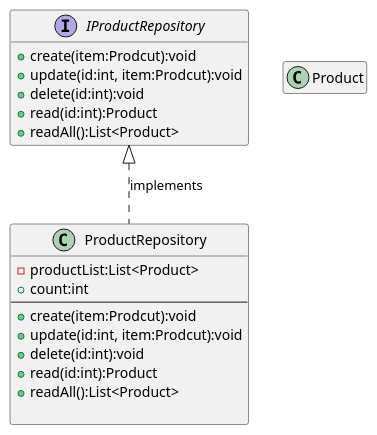
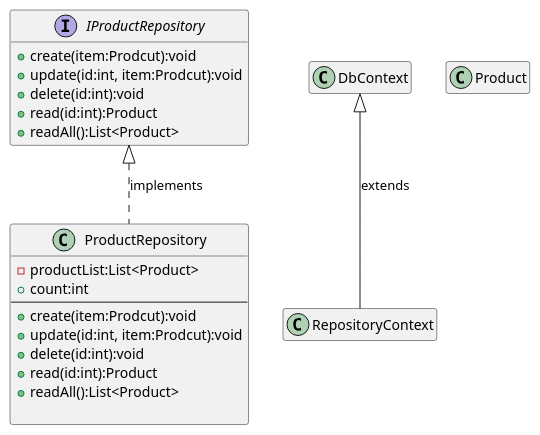
One commit to zcomert/sgk-mvc-egitim changed the diagram in Store/Repositories/DataModel.wsd. Above: the diagram before and after it, drawn with PlantUML. The commit also changed 5 other files, not shown here.

```diff
--- a/Store/Repositories/DataModel.wsd
+++ b/Store/Repositories/DataModel.wsd
@@ -1,30 +1,40 @@
 @startuml
 
 interface IProductRepository
 {
     +create(item:Prodcut):void
     +update(id:int, item:Prodcut):void
     +delete(id:int):void
     +read(id:int):Product
     +readAll():List<Product>
 }
 
 class ProductRepository{
     -productList:List<Product>
     +count:int
     --
     +create(item:Prodcut):void
     +update(id:int, item:Prodcut):void
     +delete(id:int):void
     +read(id:int):Product
     +readAll():List<Product>
 
 }
 
 class Product{
 
 }
 
+class RepositoryContext
+{
+    
+}
+class DbContext
+{
+
+}
+
+RepositoryContext -up-|> DbContext : "extends"
 ProductRepository .up.|> IProductRepository : "implements"
 hide empty members
 @enduml
```
